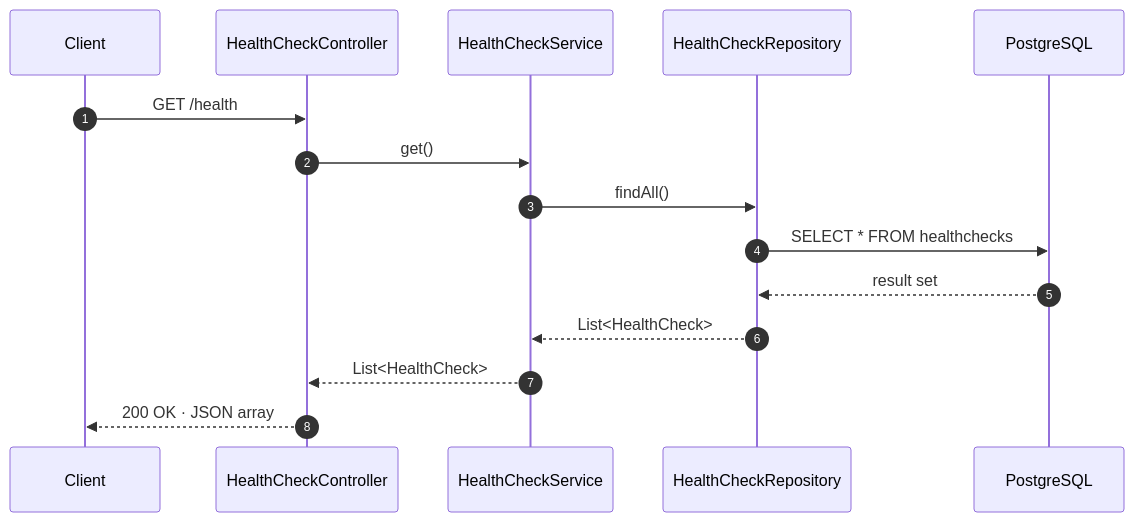
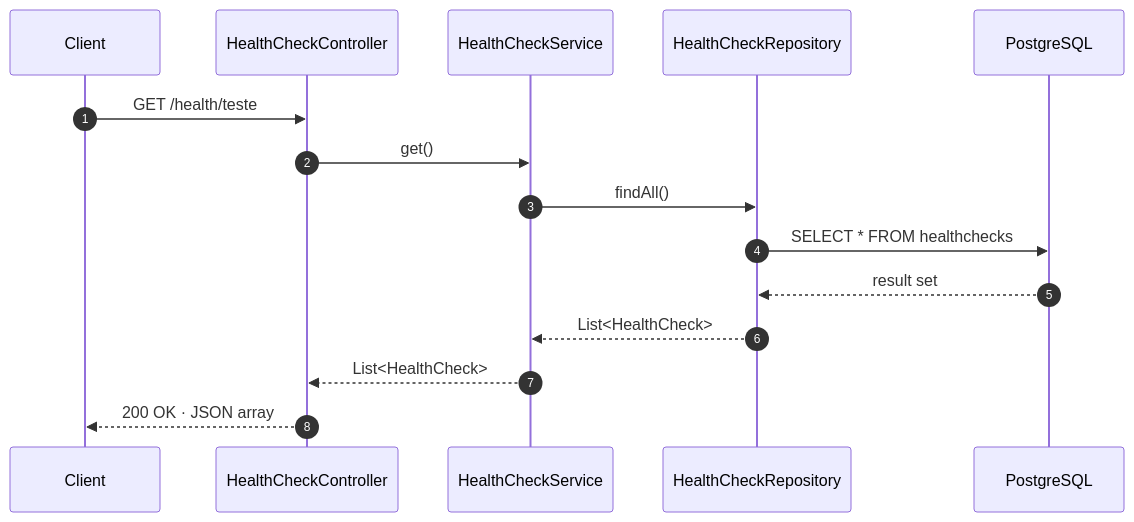
One commit to igoorj/courses-aws changed the tenth of 11 diagrams in docs/architecture.md. Above: the diagram before and after it, drawn with Mermaid. The commit also changed other lines of this file, not shown here.

````diff
--- a/docs/architecture.md
+++ b/docs/architecture.md
@@ -229,18 +229,18 @@
 ```mermaid
 sequenceDiagram
     autonumber
     participant C as Client
     participant Ctrl as HealthCheckController
     participant Svc as HealthCheckService
     participant Repo as HealthCheckRepository
     participant DB as PostgreSQL
 
-    C->>Ctrl: GET /health
+    C->>Ctrl: GET /health/teste
     Ctrl->>Svc: get()
     Svc->>Repo: findAll()
     Repo->>DB: SELECT * FROM healthchecks
     DB-->>Repo: result set
     Repo-->>Svc: List<HealthCheck>
     Svc-->>Ctrl: List<HealthCheck>
     Ctrl-->>C: 200 OK · JSON array
 ```
````
